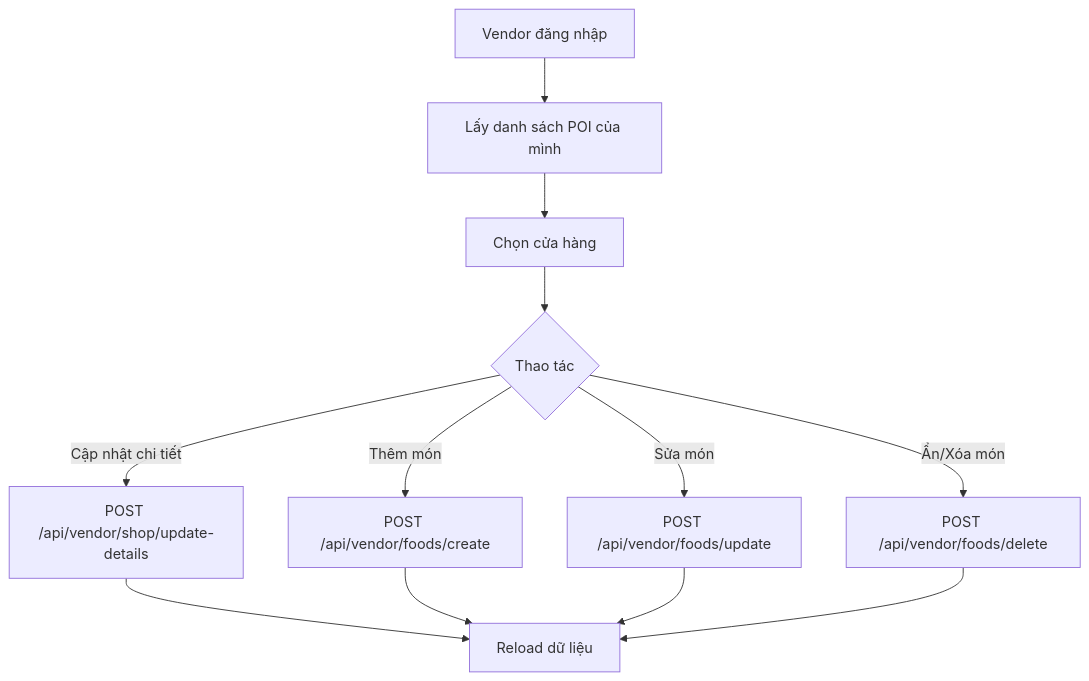
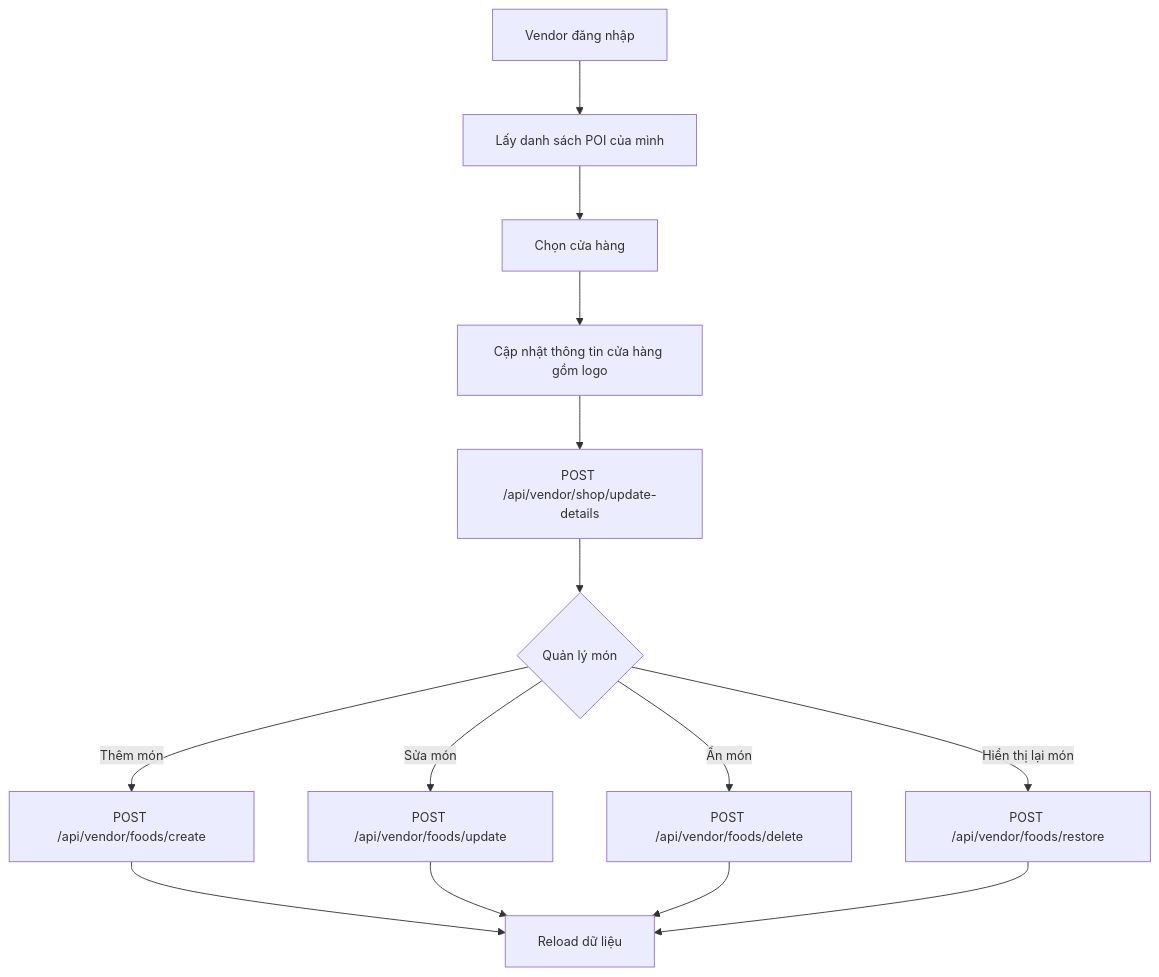
Before and after one commit to NguyenPhuc-Du/StreetFood: diagram 20 of 27 in prd.md, drawn with Mermaid. The commit also changed other lines of this file, not shown here.

````diff
--- a/prd.md
+++ b/prd.md
@@ -702,14 +918,17 @@
 ```mermaid
+%%{init: {'themeVariables': {'fontSize': '14px'}, 'flowchart': {'nodeSpacing': 60, 'rankSpacing': 60, 'padding': 18, 'htmlLabels': true}}}%%
 flowchart TD
     V0[Vendor đăng nhập] --> V1[Lấy danh sách POI của mình]
     V1 --> V2[Chọn cửa hàng]
-    V2 --> V3{Thao tác}
-    V3 -- Cập nhật chi tiết --> V4[POST /api/vendor/shop/update-details]
-    V3 -- Thêm món --> V5[POST /api/vendor/foods/create]
-    V3 -- Sửa món --> V6[POST /api/vendor/foods/update]
-    V3 -- Ẩn/Xóa món --> V7[POST /api/vendor/foods/delete]
-    V4 --> V8[Reload dữ liệu]
-    V5 --> V8
-    V6 --> V8
-    V7 --> V8
+    V2 --> V3[Cập nhật thông tin cửa hàng gồm logo]
+    V3 --> V4[POST /api/vendor/shop/update-details]
+    V4 --> V5{Quản lý món}
+    V5 -- Thêm món --> V6[POST /api/vendor/foods/create]
+    V5 -- Sửa món --> V7[POST /api/vendor/foods/update]
+    V5 -- Ẩn món --> V8[POST /api/vendor/foods/delete]
+    V5 -- Hiển thị lại món --> V9[POST /api/vendor/foods/restore]
+    V6 --> V10[Reload dữ liệu]
+    V7 --> V10
+    V8 --> V10
+    V9 --> V10
 ```
````
